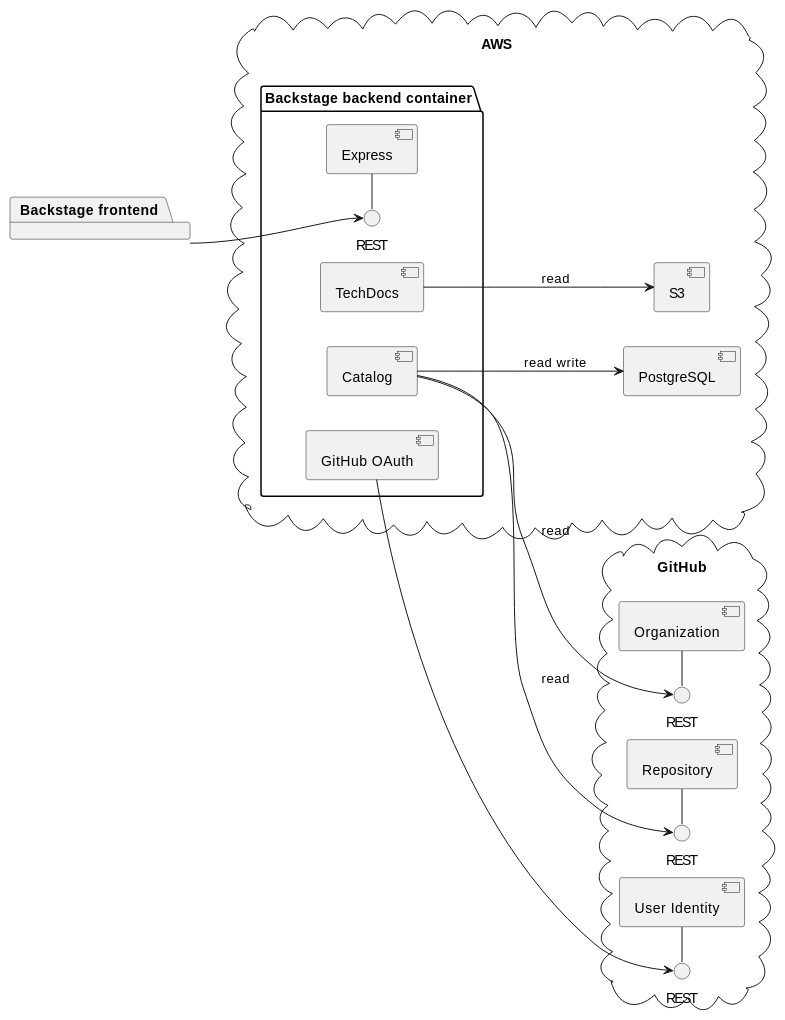
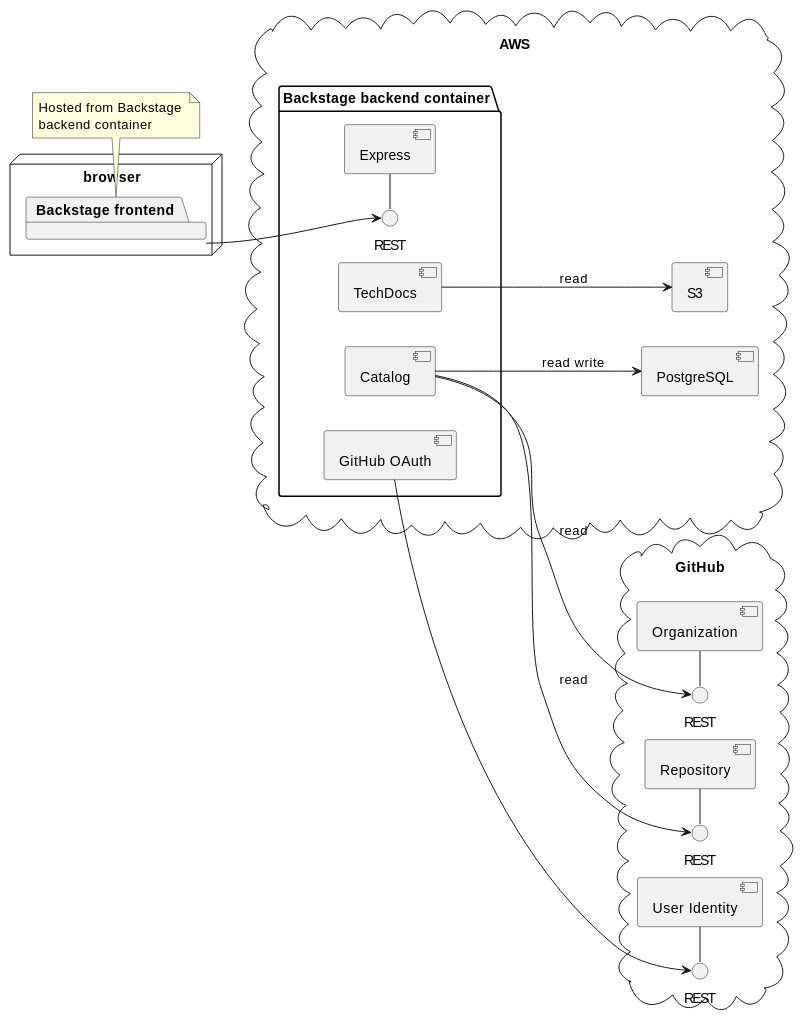
One commit to keyluck/lighthouse-backstage changed the third of 4 diagrams in docs/deployment.md. Above: the diagram before and after it, drawn with PlantUML. The commit also changed other lines of this file, not shown here.

````diff
--- a/docs/deployment.md
+++ b/docs/deployment.md
@@ -84,31 +84,37 @@
 ```plantuml
 left to right direction
-package "Backstage frontend"
+node browser{
+  package "Backstage frontend"
+}
 cloud "AWS\n"{
   component "PostgreSQL" as postgresql
   package container as "Backstage backend container"{
     [Catalog]
     [TechDocs]
     [GitHub OAuth]
     [Express]
     REST - Express
   } 
   
   [S3]
   [Catalog] --> [postgresql] : read write
   [TechDocs] --> [S3] : read 
   [Backstage frontend] --> REST
 }
+note top of [Backstage frontend]
+  Hosted from Backstage 
+  backend container
+end note
 
 cloud "GitHub\n" {
   interface "REST" as RepoAPI
   interface "REST" as OrgAPI
   interface "REST" as OAuth
   OrgAPI - [Organization]
   RepoAPI - [Repository]
   OAuth - [User Identity]
   [Catalog] --> OrgAPI : read
   [Catalog] --> RepoAPI : read
   [GitHub OAuth] --> OAuth 
 }
 ```
````
